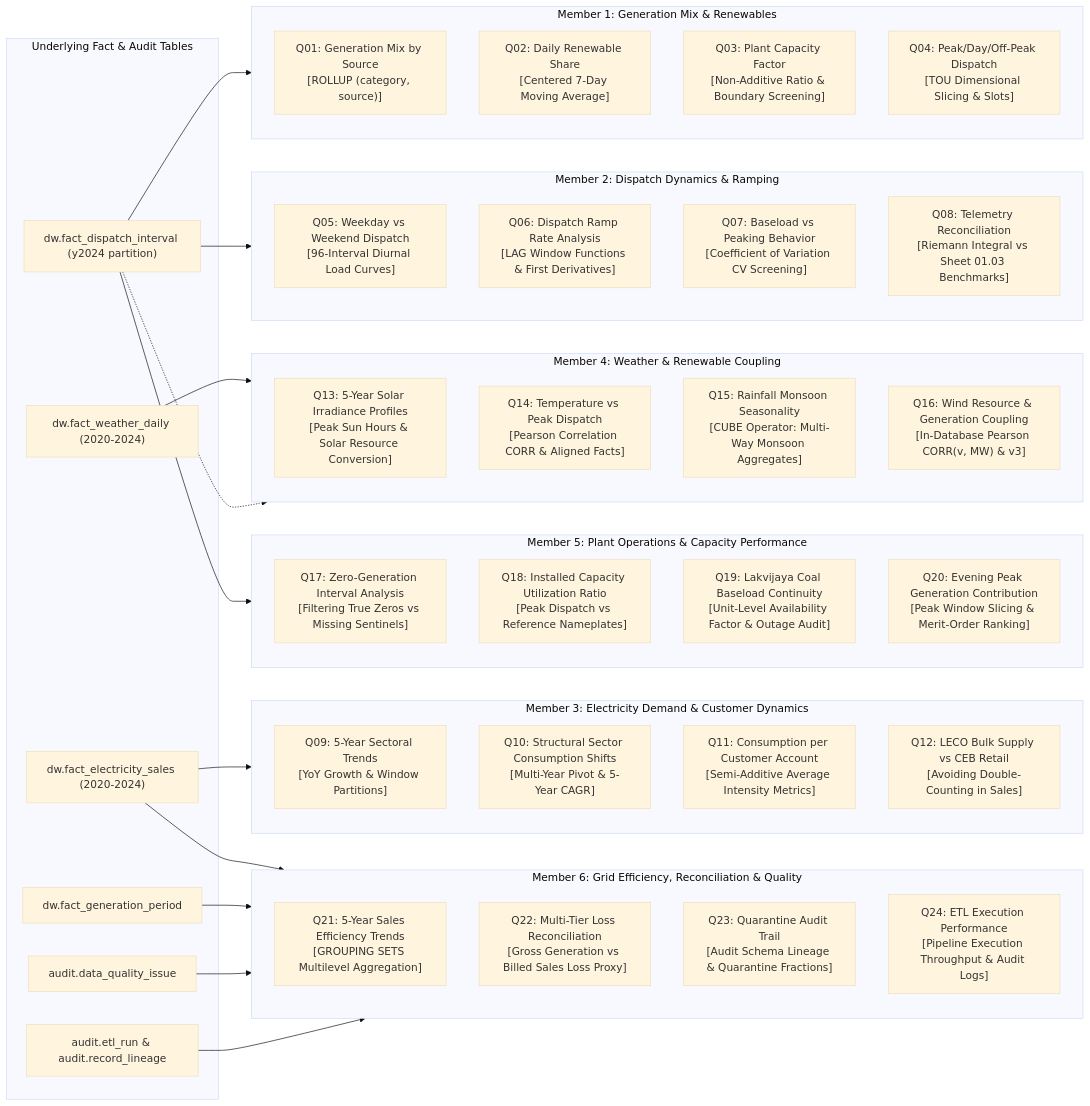
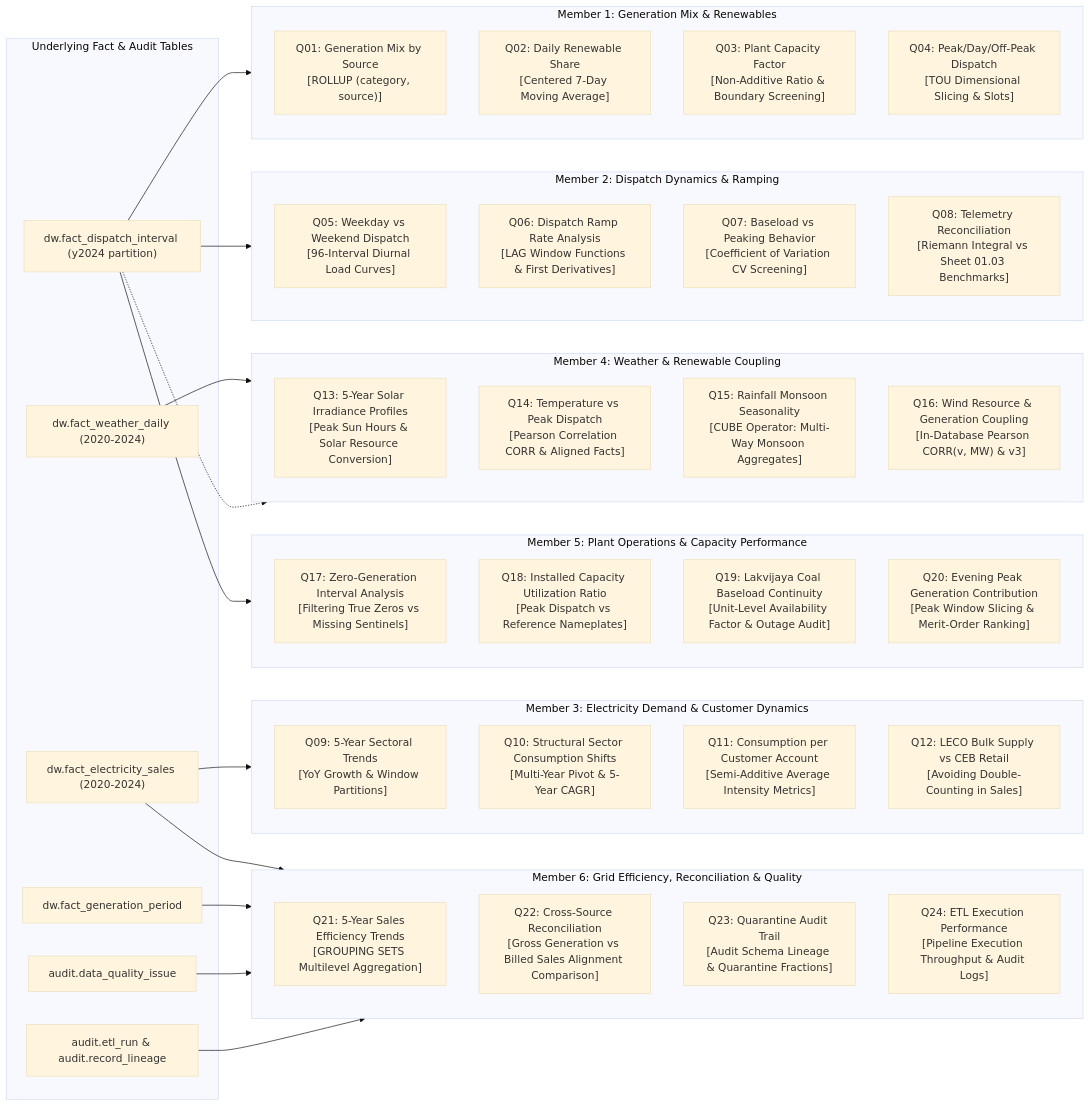
Before and after one commit to HajithMohamed/LankaGrid-Analytics: the diagram in docs/diagrams/analytical-query-architecture.mmd, drawn with Mermaid (base theme). The commit also changed 33 other files, not shown here.

```diff
--- a/docs/diagrams/analytical-query-architecture.mmd
+++ b/docs/diagrams/analytical-query-architecture.mmd
@@ -1,68 +1,68 @@
 flowchart LR
     %% ==============================================================================
     %% GridLens Verified Analytical Query Architecture (24 Queries Across 6 Members)
     %% Real Data Warehousing Links: Fact Tables, Conformed Dims & Analytical Methods
     %% ==============================================================================
 
     subgraph M1["Member 1: Generation Mix & Renewables"]
         Q01["Q01: Generation Mix by Source<br/>[ROLLUP (category, source)]"]
         Q02["Q02: Daily Renewable Share<br/>[Centered 7-Day Moving Average]"]
         Q03["Q03: Plant Capacity Factor<br/>[Non-Additive Ratio & Boundary Screening]"]
         Q04["Q04: Peak/Day/Off-Peak Dispatch<br/>[TOU Dimensional Slicing & Slots]"]
     end
 
     subgraph M2["Member 2: Dispatch Dynamics & Ramping"]
         Q05["Q05: Weekday vs Weekend Dispatch<br/>[96-Interval Diurnal Load Curves]"]
         Q06["Q06: Dispatch Ramp Rate Analysis<br/>[LAG Window Functions & First Derivatives]"]
         Q07["Q07: Baseload vs Peaking Behavior<br/>[Coefficient of Variation CV Screening]"]
         Q08["Q08: Telemetry Reconciliation<br/>[Riemann Integral vs Sheet 01.03 Benchmarks]"]
     end
 
     subgraph M3["Member 3: Electricity Demand & Customer Dynamics"]
         Q09["Q09: 5-Year Sectoral Trends<br/>[YoY Growth & Window Partitions]"]
         Q10["Q10: Structural Sector Consumption Shifts<br/>[Multi-Year Pivot & 5-Year CAGR]"]
         Q11["Q11: Consumption per Customer Account<br/>[Semi-Additive Average Intensity Metrics]"]
         Q12["Q12: LECO Bulk Supply vs CEB Retail<br/>[Avoiding Double-Counting in Sales]"]
     end
 
     subgraph M4["Member 4: Weather & Renewable Coupling"]
         Q13["Q13: 5-Year Solar Irradiance Profiles<br/>[Peak Sun Hours & Solar Resource Conversion]"]
         Q14["Q14: Temperature vs Peak Dispatch<br/>[Pearson Correlation CORR & Aligned Facts]"]
         Q15["Q15: Rainfall Monsoon Seasonality<br/>[CUBE Operator: Multi-Way Monsoon Aggregates]"]
         Q16["Q16: Wind Resource & Generation Coupling<br/>[In-Database Pearson CORR(v, MW) & v3]"]
     end
 
     subgraph M5["Member 5: Plant Operations & Capacity Performance"]
         Q17["Q17: Zero-Generation Interval Analysis<br/>[Filtering True Zeros vs Missing Sentinels]"]
         Q18["Q18: Installed Capacity Utilization Ratio<br/>[Peak Dispatch vs Reference Nameplates]"]
         Q19["Q19: Lakvijaya Coal Baseload Continuity<br/>[Unit-Level Availability Factor & Outage Audit]"]
         Q20["Q20: Evening Peak Generation Contribution<br/>[Peak Window Slicing & Merit-Order Ranking]"]
     end
 
     subgraph M6["Member 6: Grid Efficiency, Reconciliation & Quality"]
         Q21["Q21: 5-Year Sales Efficiency Trends<br/>[GROUPING SETS Multilevel Aggregation]"]
-        Q22["Q22: Multi-Tier Loss Reconciliation<br/>[Gross Generation vs Billed Sales Loss Proxy]"]
+        Q22["Q22: Cross-Source Reconciliation<br/>[Gross Generation vs Billed Sales Alignment Comparison]"]
         Q23["Q23: Quarantine Audit Trail<br/>[Audit Schema Lineage & Quarantine Fractions]"]
         Q24["Q24: ETL Execution Performance<br/>[Pipeline Execution Throughput & Audit Logs]"]
     end
 
     subgraph UNDERLYING_OBJECTS["Underlying Fact & Audit Tables"]
         F_DISP["dw.fact_dispatch_interval (y2024 partition)"]
         F_SALES["dw.fact_electricity_sales (2020-2024)"]
         F_WEATH["dw.fact_weather_daily (2020-2024)"]
         F_GEN["dw.fact_generation_period"]
         A_DQ["audit.data_quality_issue"]
         A_RUN["audit.etl_run & audit.record_lineage"]
     end
 
     %% Relationships
     F_DISP --> M1
     F_DISP --> M2
     F_SALES --> M3
     F_WEATH --> M4
     F_DISP -.-> M4
     F_DISP --> M5
     F_SALES --> M6
     F_GEN --> M6
     A_DQ --> M6
     A_RUN --> M6
```
